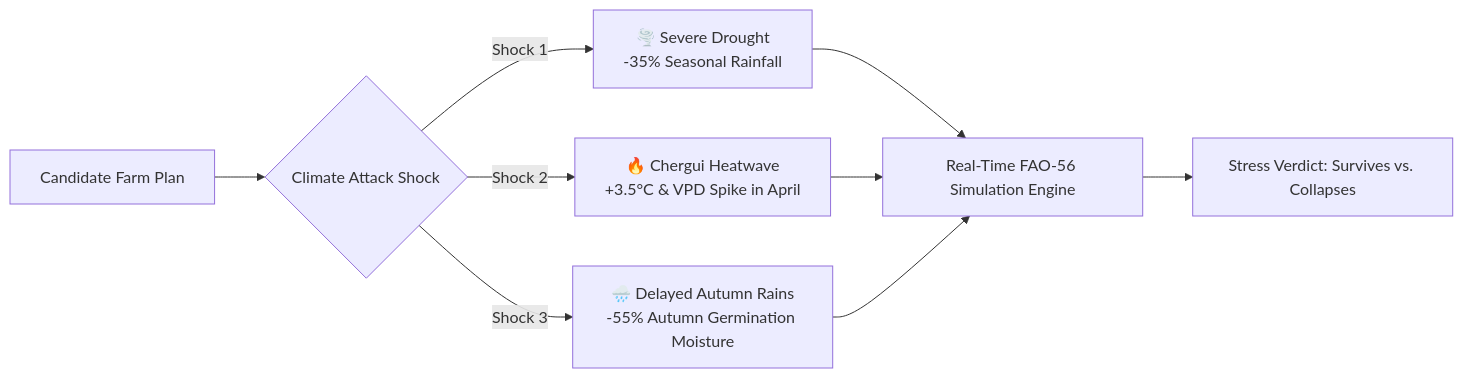
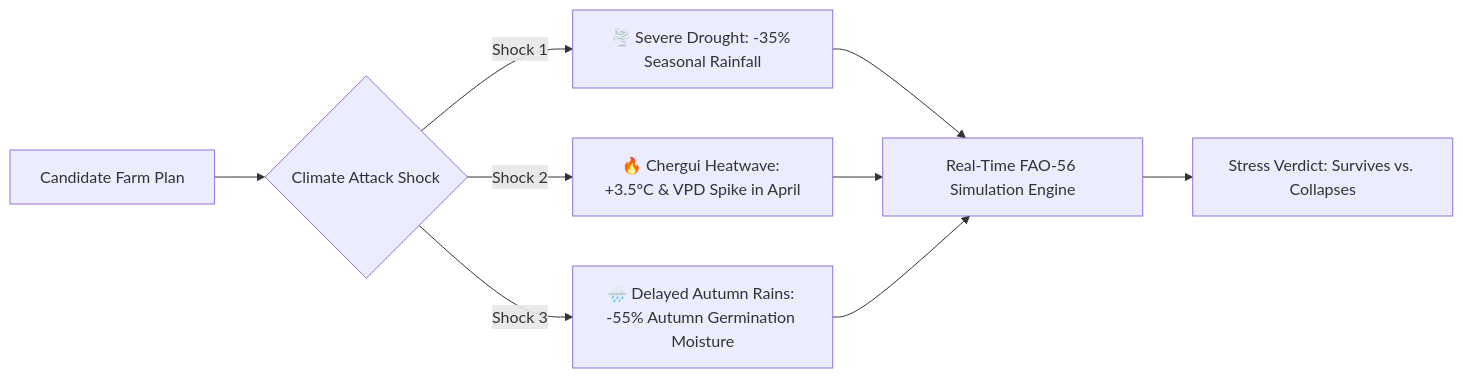
The second of 3 diagrams in docs/CREATIVITY.md (zoubaax/Nasa-space-apps), drawn with Mermaid before and after one commit. The commit also changed other lines of this file and 6 other files, not shown here.

Commit message:
refactor: quote mermaid node labels and fix subgraph identifiers in documentation

````diff
--- a/docs/CREATIVITY.md
+++ b/docs/CREATIVITY.md
@@ -76,11 +76,11 @@
 ```mermaid
 flowchart LR
-    FarmConfig[Candidate Farm Plan] --> ShockChooser{Climate Attack Shock}
+    FarmConfig["Candidate Farm Plan"] --> ShockChooser{"Climate Attack Shock"}
     
-    ShockChooser -->|Shock 1| D[🌪️ Severe Drought\n-35% Seasonal Rainfall]
-    ShockChooser -->|Shock 2| H[🔥 Chergui Heatwave\n+3.5°C & VPD Spike in April]
-    ShockChooser -->|Shock 3| L[🌧️ Delayed Autumn Rains\n-55% Autumn Germination Moisture]
+    ShockChooser -->|Shock 1| D["🌪️ Severe Drought: -35% Seasonal Rainfall"]
+    ShockChooser -->|Shock 2| H["🔥 Chergui Heatwave: +3.5°C & VPD Spike in April"]
+    ShockChooser -->|Shock 3| L["🌧️ Delayed Autumn Rains: -55% Autumn Germination Moisture"]
 
-    D & H & L --> Engine[Real-Time FAO-56 Simulation Engine]
-    Engine --> Verdict[Stress Verdict: Survives vs. Collapses]
+    D & H & L --> Engine["Real-Time FAO-56 Simulation Engine"]
+    Engine --> Verdict["Stress Verdict: Survives vs. Collapses"]
 ```
````
